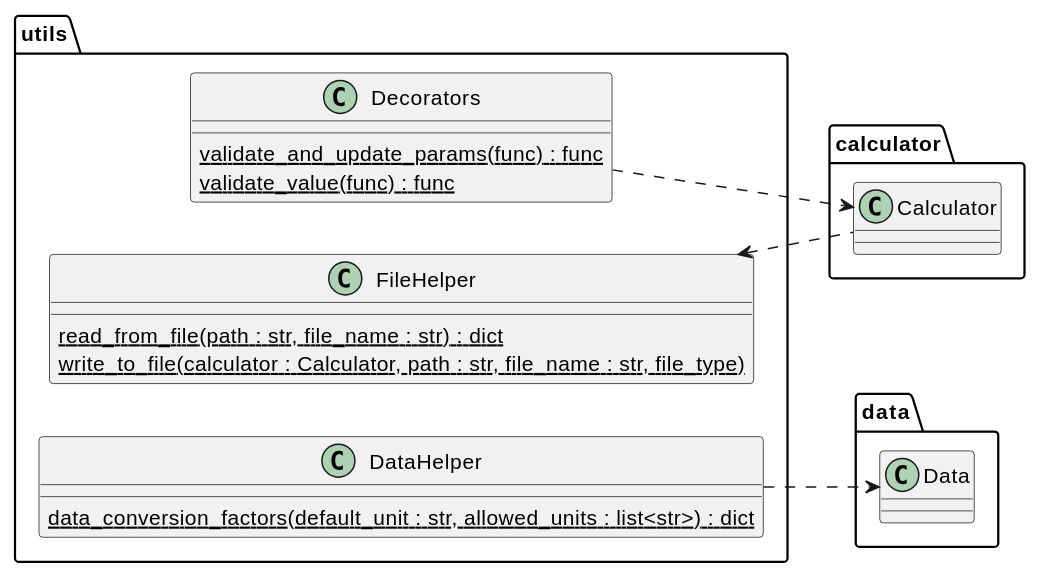
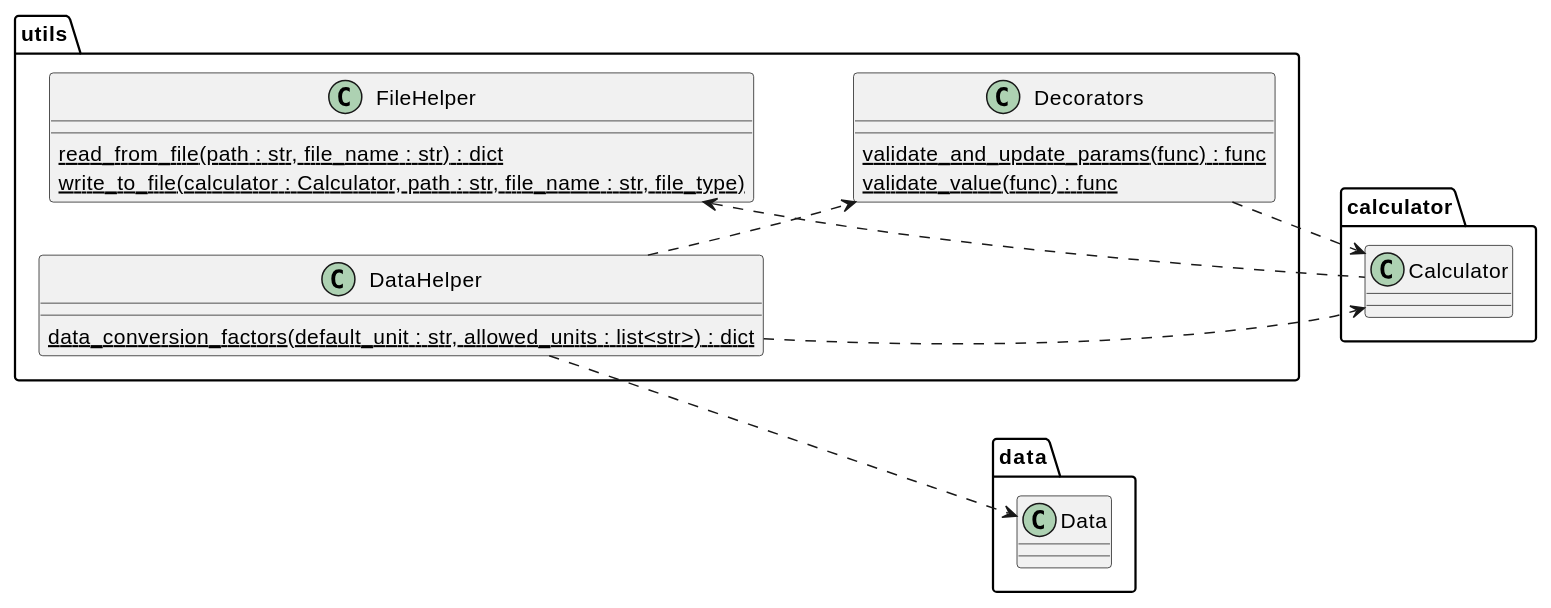
One commit to ukatc/AtLAST_sensitivity_calculator changed the diagram in docs/source/code_docs/utils_uml.rst. Above: the diagram before and after it, drawn with PlantUML. The commit also changed 1 other file, not shown here.

```diff
--- a/docs/source/code_docs/utils_uml.rst
+++ b/docs/source/code_docs/utils_uml.rst
@@ -4,21 +4,23 @@
 .. uml::
 
     @startuml utils
 
     left to right direction
 
     class "FileHelper" as utils.FileHelper {
       {static} read_from_file(path : str, file_name : str) : dict
       {static} write_to_file(calculator : Calculator, path : str, file_name : str, file_type)
     }
     class "DataHelper" as utils.DataHelper {
       {static} data_conversion_factors(default_unit : str, allowed_units : list<str>) : dict
     }
     class "Decorators" as utils.Decorators {
       {static} validate_and_update_params(func) : func
       {static} validate_value(func) : func
     }
     utils.FileHelper <.. calculator.Calculator
     utils.Decorators ..> calculator.Calculator
+    utils.DataHelper ..> calculator.Calculator
     utils.DataHelper ..> data.Data
+    utils.DataHelper ..> utils.Decorators
     @enduml
```
